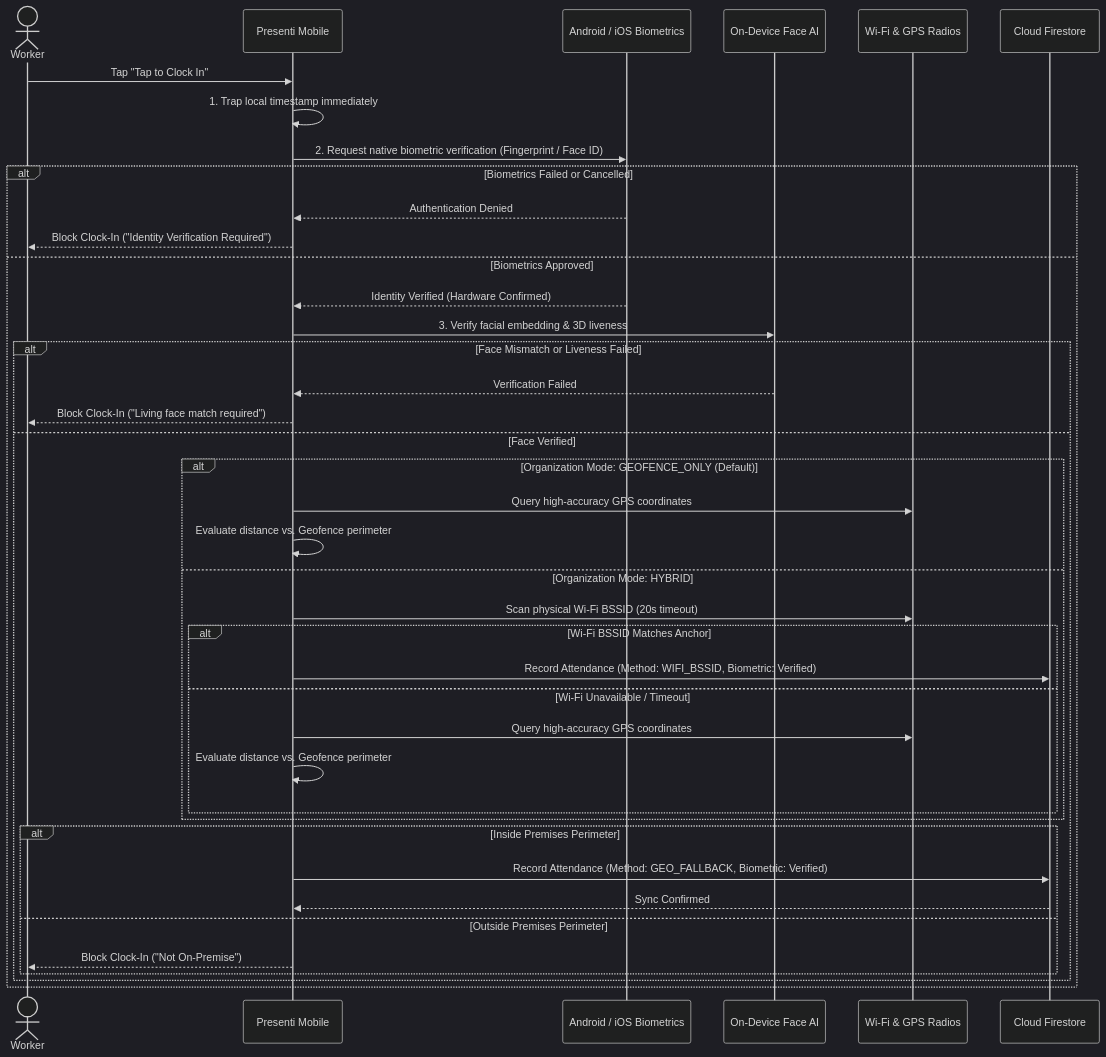
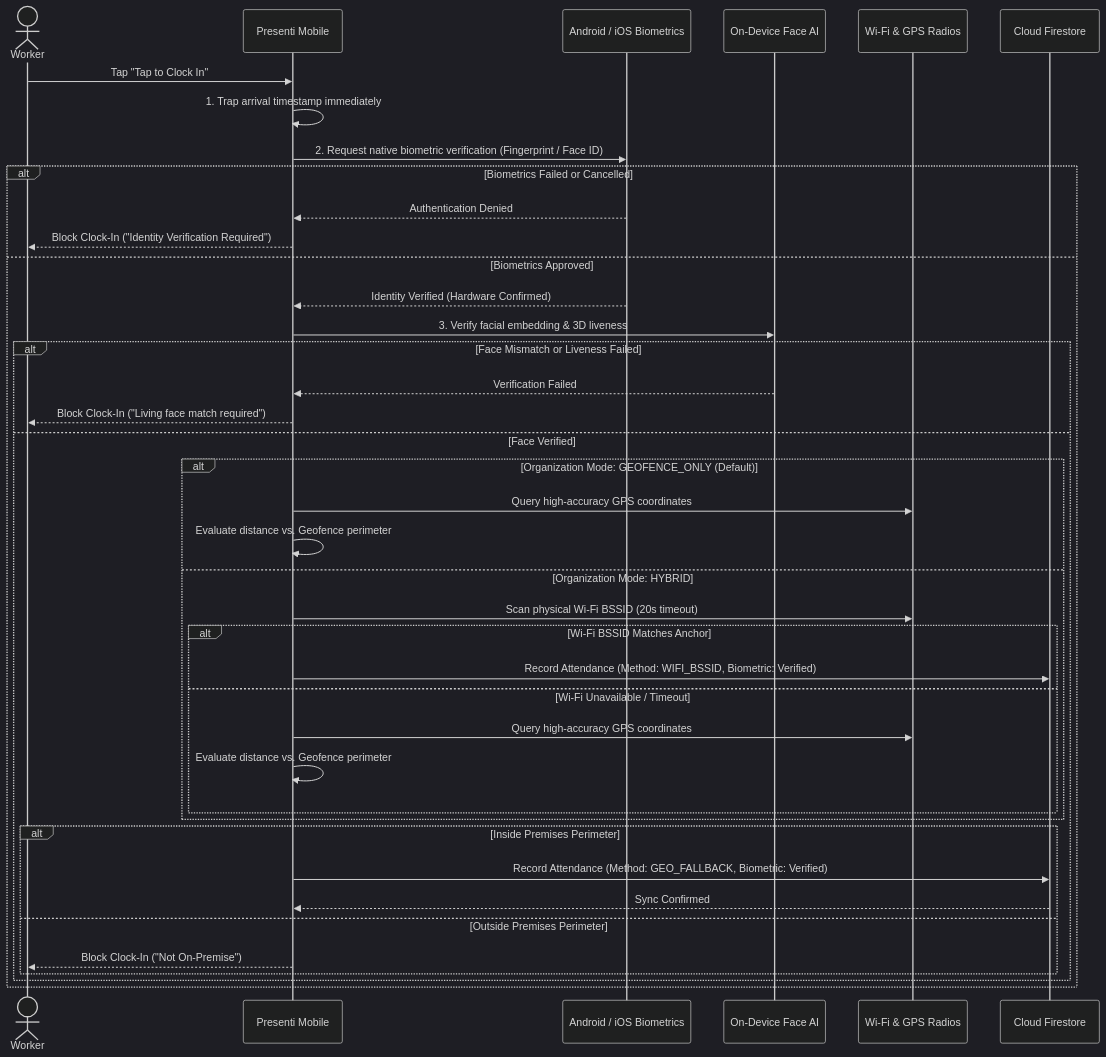
One commit to kachiDeGreat/Presenti-mobile changed the diagram in README.md. Above: the diagram before and after it, drawn with Mermaid (dark theme). The commit also changed other lines of this file, not shown here.

Commit message:
docs: remove legacy QR handshake references and document hands-free Face AI and Mobile Admin Hub calibration

````diff
--- a/README.md
+++ b/README.md
@@ -79,43 +76,43 @@
 ```mermaid
 sequenceDiagram
     actor Worker
     participant Mobile as Presenti Mobile
     participant NativeSec as Android / iOS Biometrics
     participant FaceAI as On-Device Face AI
     participant Radios as Wi-Fi & GPS Radios
     participant Cloud as Cloud Firestore
 
     Worker->>Mobile: Tap "Tap to Clock In"
-    Mobile->>Mobile: 1. Trap local timestamp immediately
+    Mobile->>Mobile: 1. Trap arrival timestamp immediately
     Mobile->>NativeSec: 2. Request native biometric verification (Fingerprint / Face ID)
     alt Biometrics Failed or Cancelled
         NativeSec-->>Mobile: Authentication Denied
         Mobile-->>Worker: Block Clock-In ("Identity Verification Required")
     else Biometrics Approved
         NativeSec-->>Mobile: Identity Verified (Hardware Confirmed)
         Mobile->>FaceAI: 3. Verify facial embedding & 3D liveness
         alt Face Mismatch or Liveness Failed
             FaceAI-->>Mobile: Verification Failed
             Mobile-->>Worker: Block Clock-In ("Living face match required")
         else Face Verified
             alt Organization Mode: GEOFENCE_ONLY (Default)
                 Mobile->>Radios: Query high-accuracy GPS coordinates
                 Mobile->>Mobile: Evaluate distance vs. Geofence perimeter
             else Organization Mode: HYBRID
                 Mobile->>Radios: Scan physical Wi-Fi BSSID (20s timeout)
                 alt Wi-Fi BSSID Matches Anchor
                     Mobile->>Cloud: Record Attendance (Method: WIFI_BSSID, Biometric: Verified)
                 else Wi-Fi Unavailable / Timeout
                     Mobile->>Radios: Query high-accuracy GPS coordinates
                     Mobile->>Mobile: Evaluate distance vs. Geofence perimeter
                 end
             end
             alt Inside Premises Perimeter
                 Mobile->>Cloud: Record Attendance (Method: GEO_FALLBACK, Biometric: Verified)
                 Cloud-->>Mobile: Sync Confirmed
             else Outside Premises Perimeter
                 Mobile-->>Worker: Block Clock-In ("Not On-Premise")
             end
         end
     end
 ```
````
